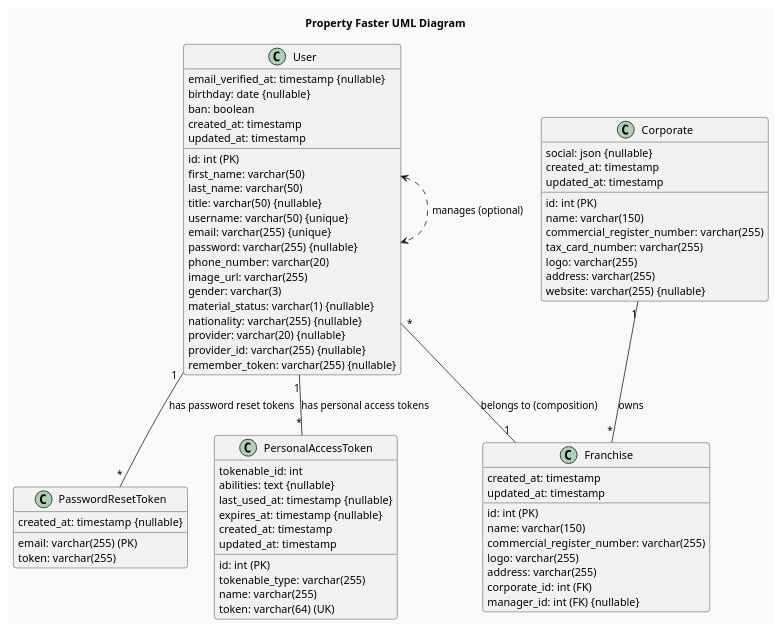
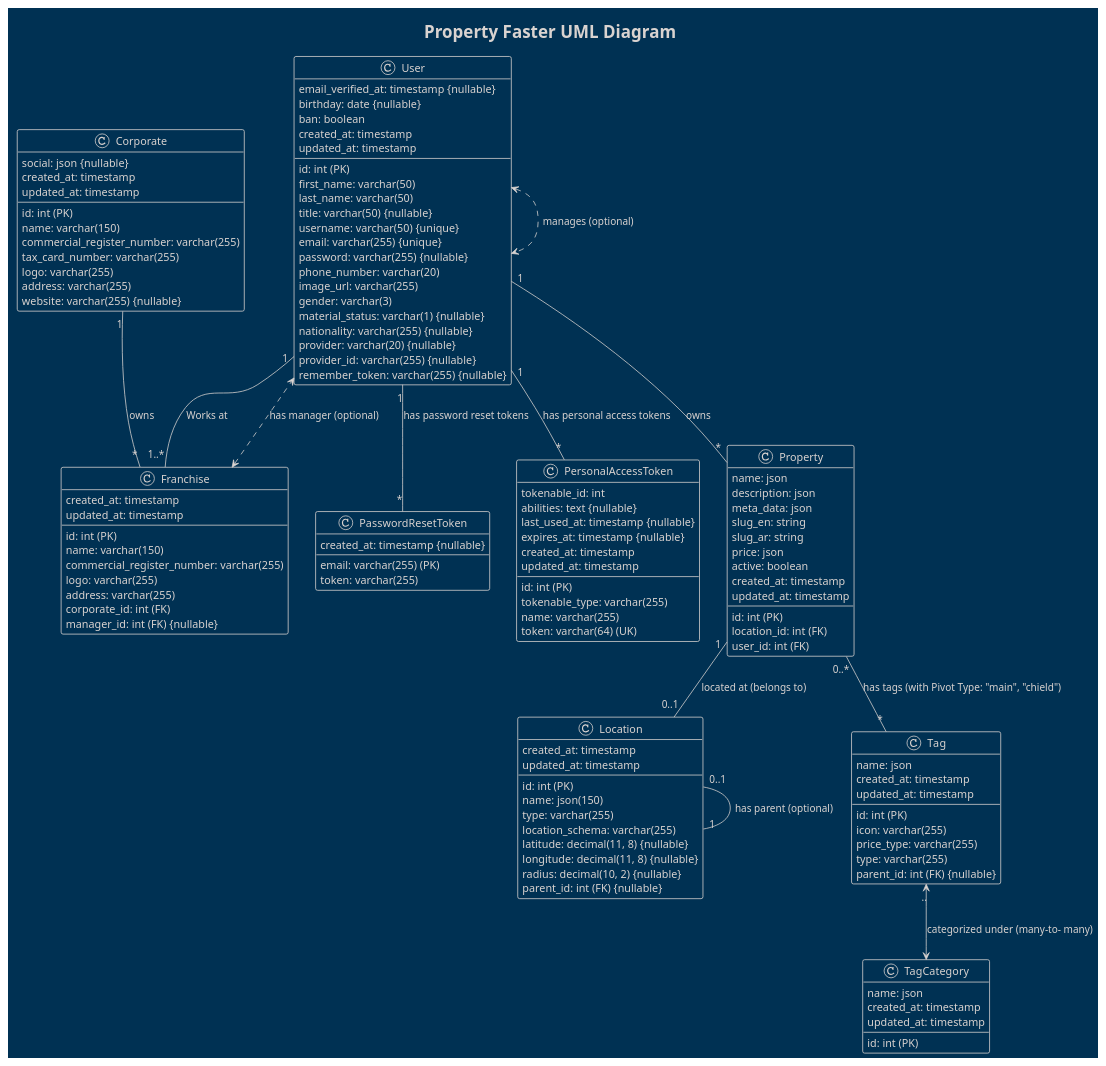
One commit to abdelalim2000/property-speed changed the diagram in README.md. Above: the diagram before and after it, drawn with PlantUML. The commit also changed 6 other files, not shown here.

```diff
--- a/README.md
+++ b/README.md
@@ -1,5 +1,5 @@
 @startuml
-!theme mars
+!theme blueprint
 
 title Property Faster UML Diagram
 
@@ -70,9 +70,61 @@
 updated_at: timestamp
 }
 
+class Location {
+id: int (PK)
+name: json(150)
+type: varchar(255)
+location_schema: varchar(255)
+latitude: decimal(11, 8) {nullable}
+longitude: decimal(11, 8) {nullable}
+radius: decimal(10, 2) {nullable}
+parent_id: int (FK) {nullable}
+created_at: timestamp
+updated_at: timestamp
+}
+
+class TagCategory {
+id: int (PK)
+name: json
+created_at: timestamp
+updated_at: timestamp
+}
+
+class Tag {
+id: int (PK)
+name: json
+icon: varchar(255)
+price_type: varchar(255)
+type: varchar(255)
+parent_id: int (FK) {nullable}
+created_at: timestamp
+updated_at: timestamp
+}
+
+class Property {
+id: int (PK)
+name: json
+description: json
+meta_data: json
+slug_en: string
+slug_ar: string
+price: json
+location_id: int (FK)
+user_id: int (FK)
+active: boolean
+created_at: timestamp
+updated_at: timestamp
+}
+
 User <.> User : manages (optional)
-User "*" -- "1" Franchise : belongs to (composition)
+User "1" -- "1..*" Franchise : Works at
 User "1" -- "*" PasswordResetToken : has password reset tokens
 User "1" -- "*" PersonalAccessToken : has personal access tokens
+User "1" -- "*" Property : owns
+Property "0..*" -- "*" Tag : has tags (with Pivot Type: "main", "chield")
+Property "1" -- "0..1" Location : located at (belongs to)
 Corporate "1" -- "*" Franchise : owns
+Franchise <..> User : has manager (optional)
+Location "0..1" -- "1" Location : has parent (optional)
+Tag ".." <--> TagCategory : categorized under (many-to- many)
 @enduml
```
